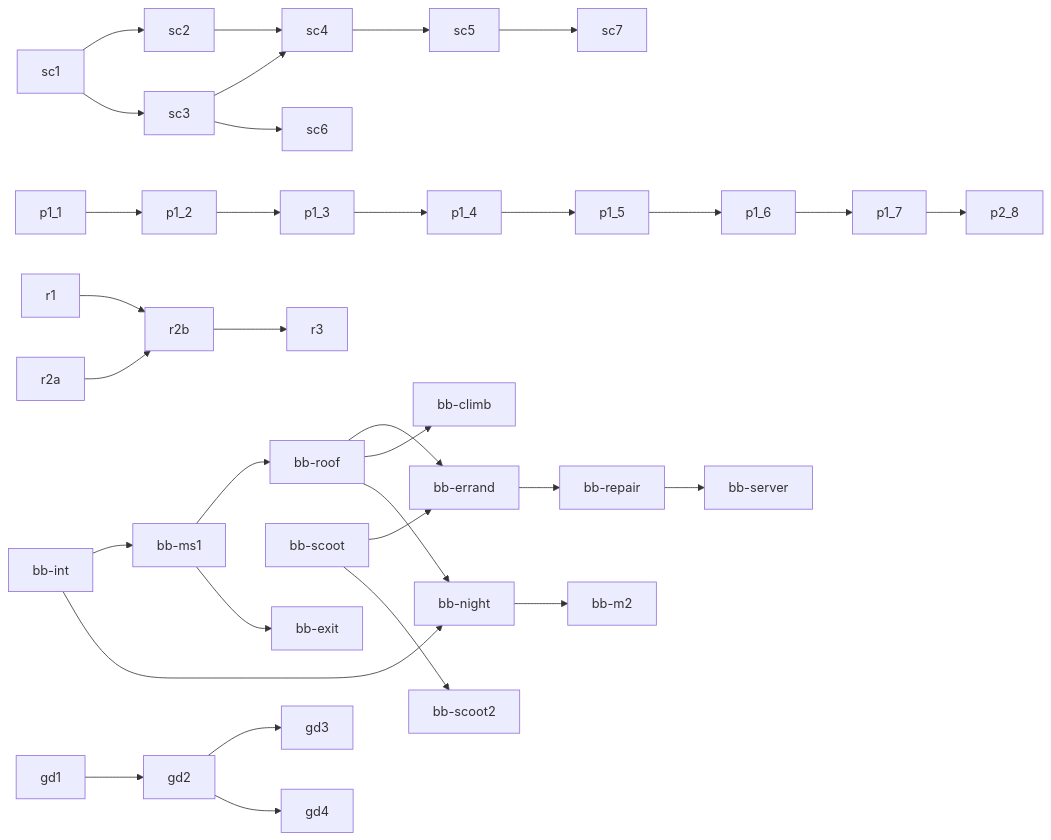
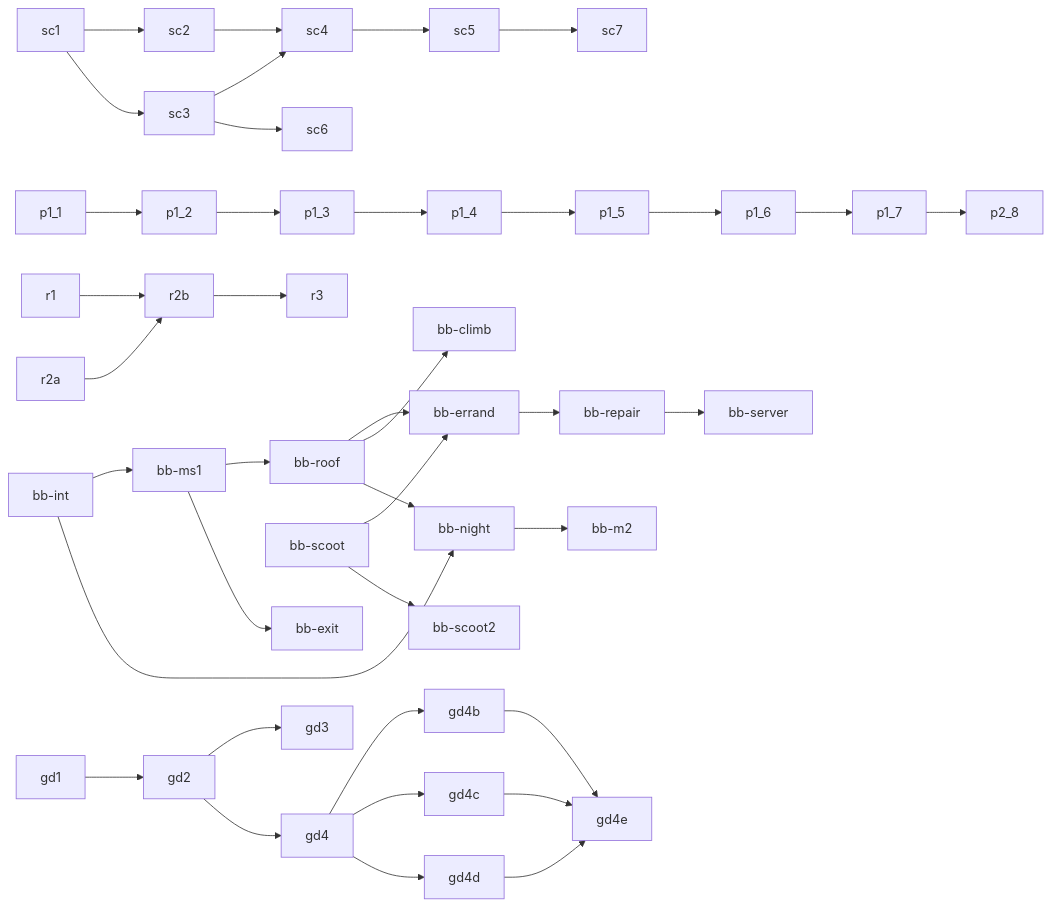
Before and after one commit to Cal-Starfur/Tipsy: the diagram in build_queue.md, drawn with Mermaid. The commit also changed other lines of this file and 3 other files, not shown here.

````diff
--- a/build_queue.md
+++ b/build_queue.md
@@ -7,35 +7,41 @@
 ```mermaid
 graph LR
   sc1 --> sc2
   sc1 --> sc3
   sc2 --> sc4
   sc3 --> sc4
   sc4 --> sc5
   sc3 --> sc6
   sc5 --> sc7
   p1_1 --> p1_2
   p1_2 --> p1_3
   p1_3 --> p1_4
   p1_4 --> p1_5
   p1_5 --> p1_6
   p1_6 --> p1_7
   p1_7 --> p2_8
   r1 --> r2b
   r2a --> r2b
   r2b --> r3
   bb-int --> bb-ms1
   bb-ms1 --> bb-roof
   bb-roof --> bb-errand
   bb-scoot --> bb-errand
   bb-errand --> bb-repair
   bb-repair --> bb-server
   bb-ms1 --> bb-exit
   bb-roof --> bb-climb
   bb-scoot --> bb-scoot2
   bb-int --> bb-night
   bb-roof --> bb-night
   bb-night --> bb-m2
   gd1 --> gd2
   gd2 --> gd3
   gd2 --> gd4
+  gd4 --> gd4b
+  gd4 --> gd4c
+  gd4 --> gd4d
+  gd4b --> gd4e
+  gd4c --> gd4e
+  gd4d --> gd4e
 ```
````
